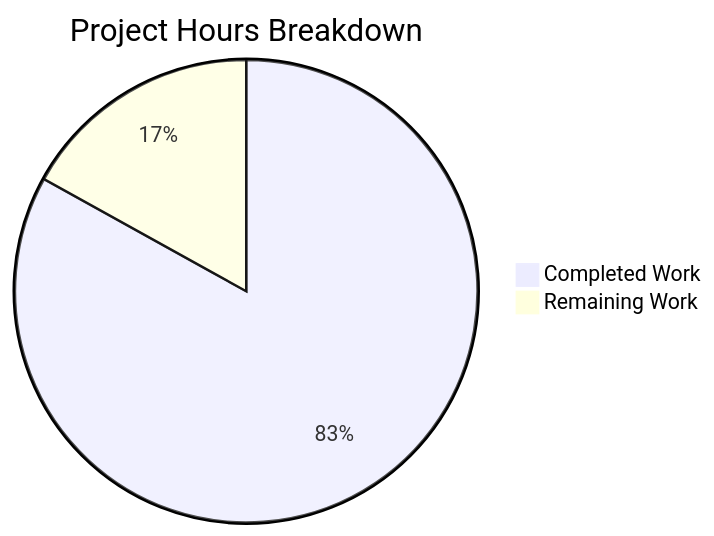
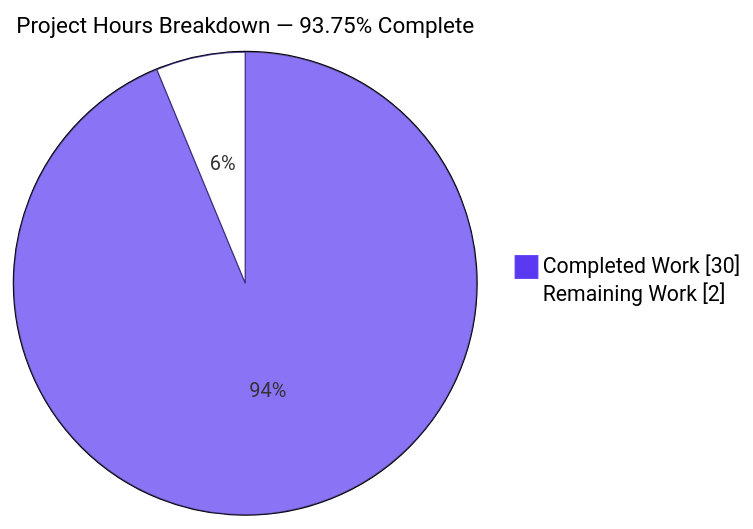
One commit to Blitzy-Sandbox/blitzy-RudderStack changed the second of 4 diagrams in blitzy/documentation/Project Guide.md. Above: the diagram before and after it, drawn with Mermaid. The commit also changed other lines of this file, not shown here.

Commit message:
Adding Blitzy Project Guide: Project Status and Human Tasks Remaining

````diff
--- a/blitzy/documentation/Project Guide.md
+++ b/blitzy/documentation/Project Guide.md
@@ -250,5 +204,7 @@
 ```mermaid
-pie title Project Hours Breakdown
-    "Completed Work" : 402
-    "Remaining Work" : 82
+%%{init: {"pie": {"textPosition": 0.5}, "themeVariables": {"pieOuterStrokeWidth": "1px", "pie1": "#5B39F3", "pie2": "#FFFFFF", "pieTitleTextSize": "18px", "pieSectionTextSize": "16px", "pieStrokeColor": "#2D1C77", "pieStrokeWidth": "1px"}} }%%
+pie showData
+    title Project Hours Breakdown — 93.75% Complete
+    "Completed Work" : 30
+    "Remaining Work" : 2
 ```
````
